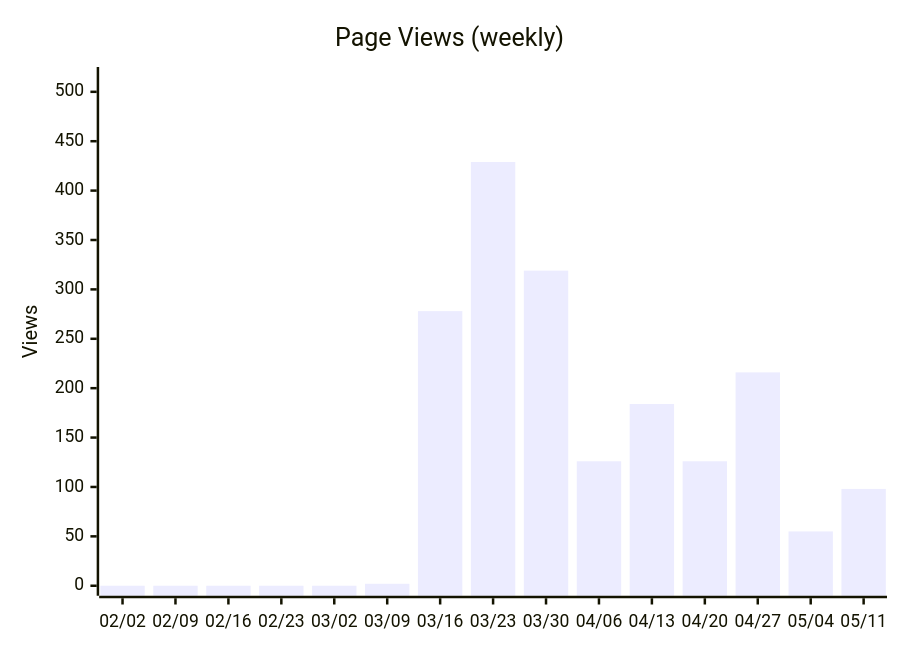
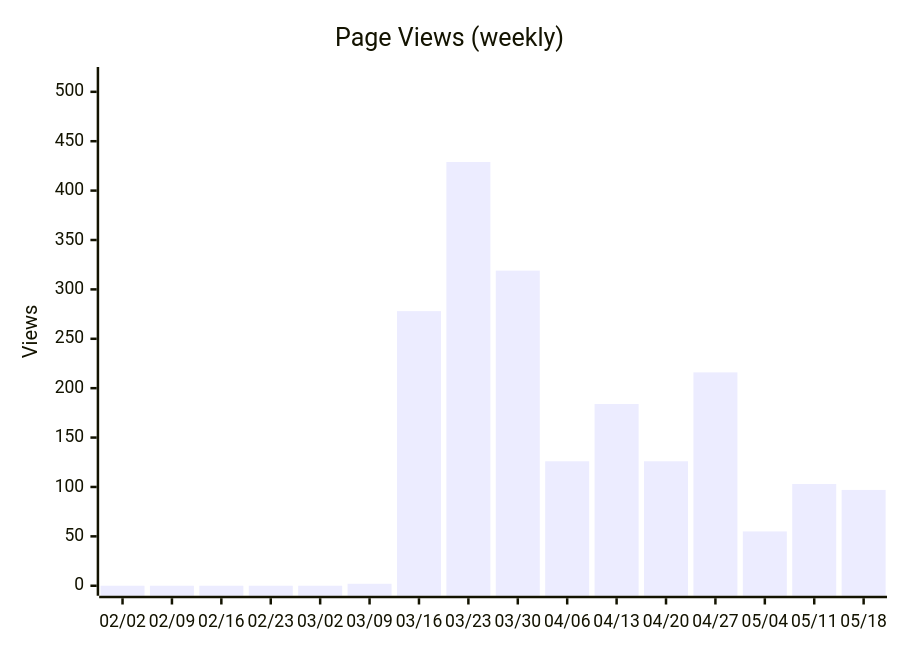
One commit to nablarch/nabledge-dev changed diagram 12 of 14 in docs/metrics.md. Above: the diagram before and after it, drawn with Mermaid. The commit also changed other lines of this file and 2 other files, not shown here.

````diff
--- a/docs/metrics.md
+++ b/docs/metrics.md
@@ -161,7 +161,7 @@
 ```mermaid
 xychart-beta
   title "Page Views (weekly)"
-  x-axis ["02/02", "02/09", "02/16", "02/23", "03/02", "03/09", "03/16", "03/23", "03/30", "04/06", "04/13", "04/20", "04/27", "05/04", "05/11"]
+  x-axis ["02/02", "02/09", "02/16", "02/23", "03/02", "03/09", "03/16", "03/23", "03/30", "04/06", "04/13", "04/20", "04/27", "05/04", "05/11", "05/18"]
   y-axis "Views" 0 --> 515
-  bar [0, 0, 0, 0, 0, 2, 278, 429, 319, 126, 184, 126, 216, 55, 98]
+  bar [0, 0, 0, 0, 0, 2, 278, 429, 319, 126, 184, 126, 216, 55, 103, 97]
 ```
````
